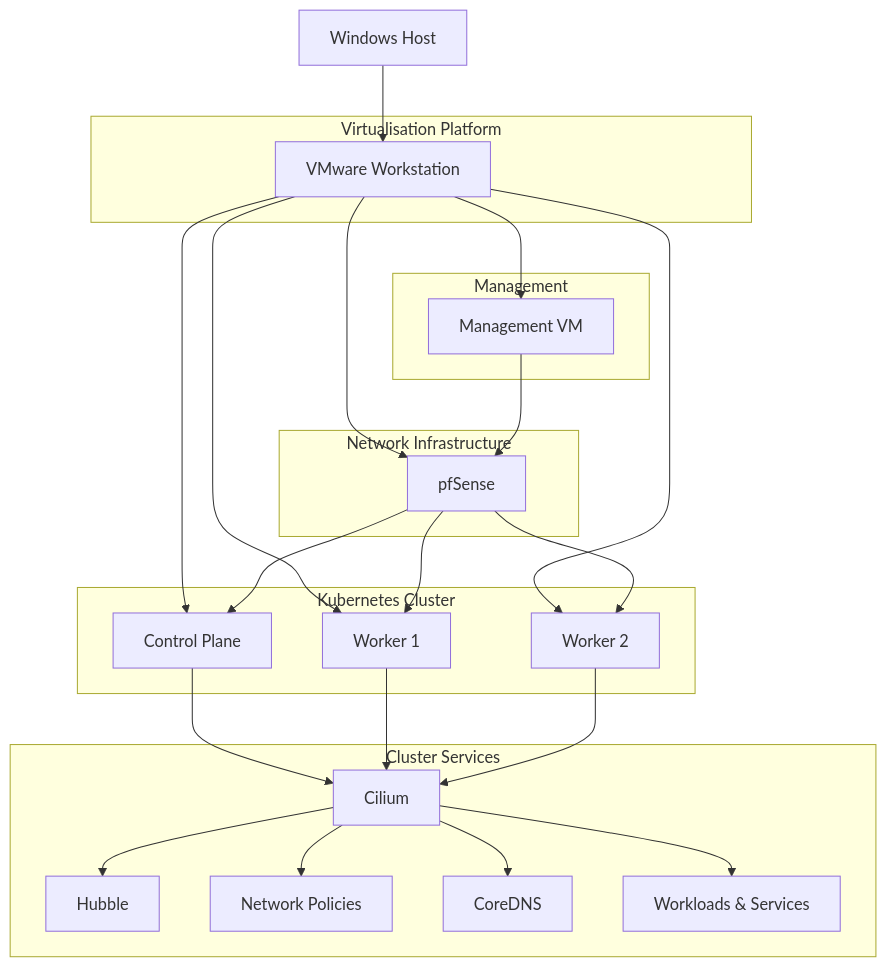
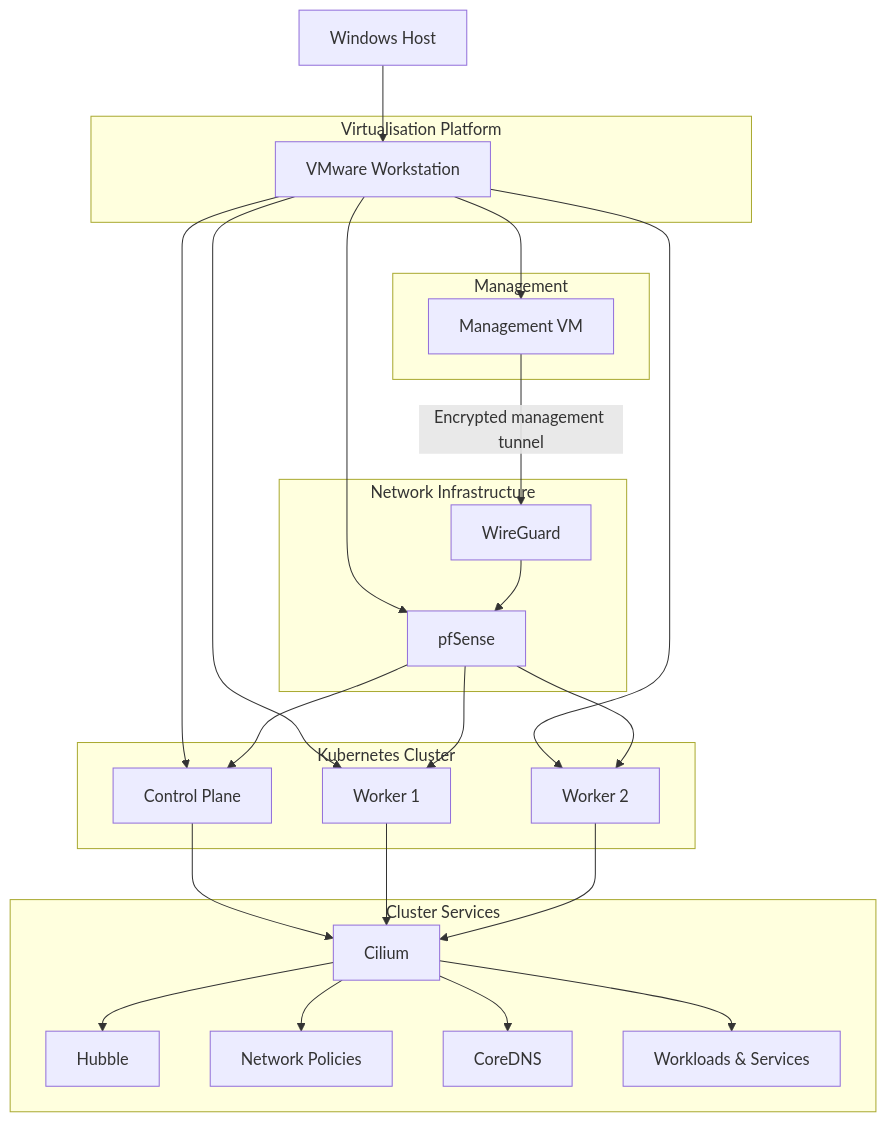
One commit to paknaoo/k8s-cilium-lab changed the diagram in README.md. Above: the diagram before and after it, drawn with Mermaid. The commit also changed other lines of this file, not shown here.

Commit message:
docs: update project state for WireGuard

````diff
--- a/README.md
+++ b/README.md
@@ -15,54 +15,57 @@
 ```mermaid
 flowchart TD
 
     HOST[Windows Host]
 
     subgraph VIRTUALISATION["Virtualisation Platform"]
         VMW[VMware Workstation]
     end
 
     subgraph MANAGEMENT["Management"]
         MGMT[Management VM]
     end
 
     subgraph NETWORK["Network Infrastructure"]
         PFSENSE[pfSense]
+        WG[WireGuard]
     end
 
     subgraph CLUSTER["Kubernetes Cluster"]
         MASTER[Control Plane]
         WORKER1[Worker 1]
         WORKER2[Worker 2]
     end
 
     subgraph SERVICES["Cluster Services"]
         CILIUM[Cilium]
         HUBBLE[Hubble]
         NETPOL[Network Policies]
         COREDNS[CoreDNS]
         WORKLOADS[Workloads & Services]
     end
 
     HOST --> VMW
 
     VMW --> MGMT
     VMW --> PFSENSE
     VMW --> MASTER
     VMW --> WORKER1
     VMW --> WORKER2
 
-    MGMT --> PFSENSE
+    MGMT -->|Encrypted management tunnel| WG
+    WG --> PFSENSE
 
     PFSENSE --> MASTER
     PFSENSE --> WORKER1
     PFSENSE --> WORKER2
 
     MASTER --> CILIUM
     WORKER1 --> CILIUM
     WORKER2 --> CILIUM
 
     CILIUM --> HUBBLE
     CILIUM --> NETPOL
     CILIUM --> COREDNS
     CILIUM --> WORKLOADS
+
 ```
````
